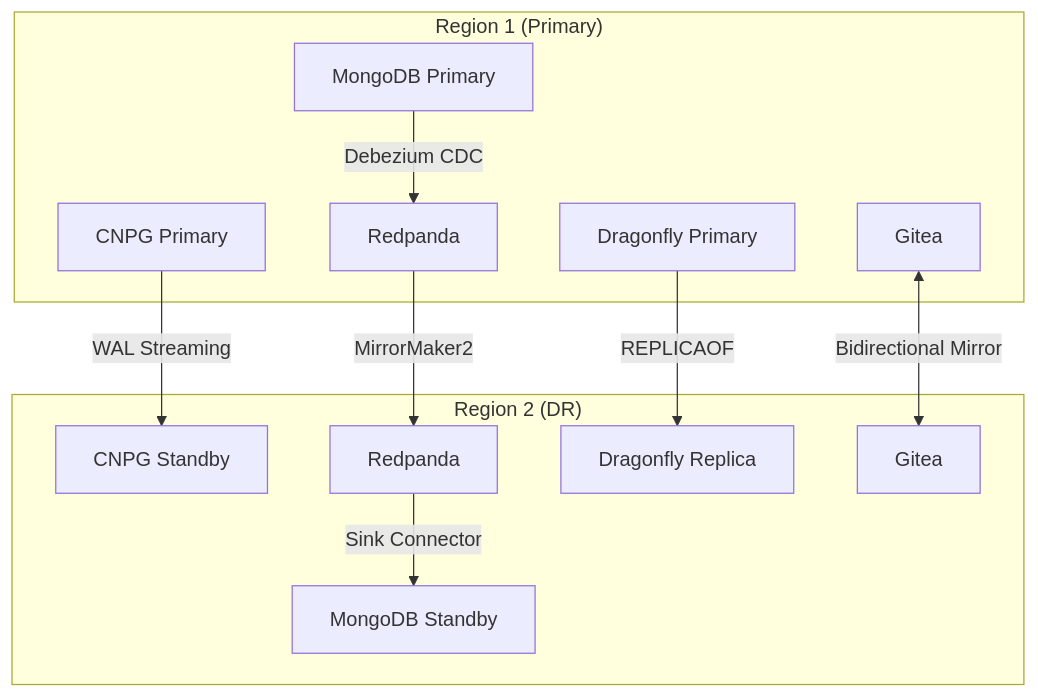
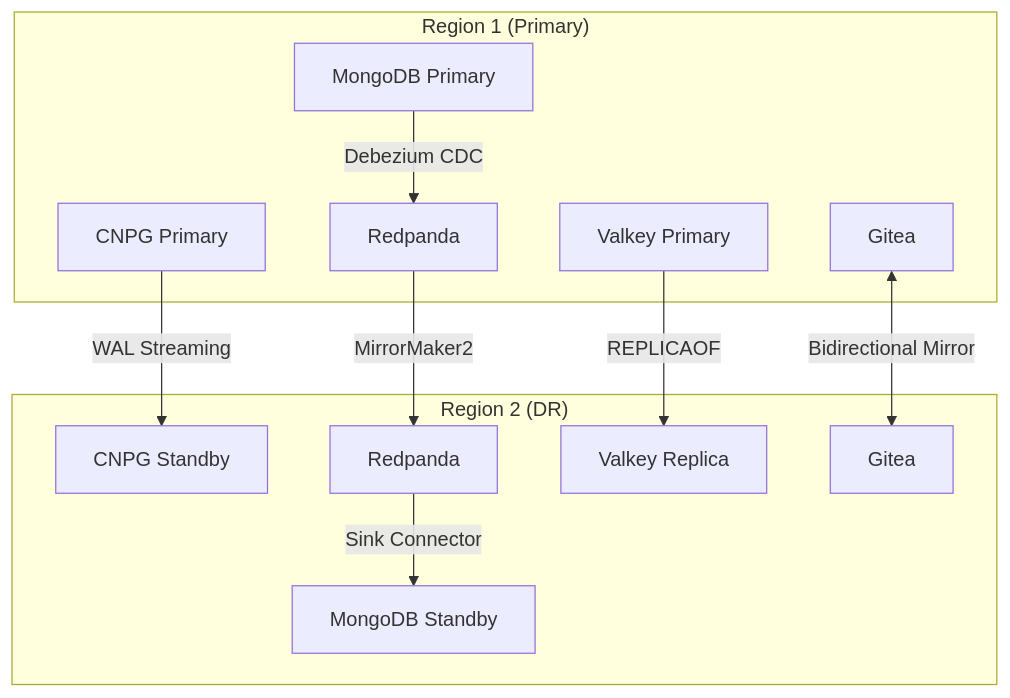
The third of 3 diagrams in docs/specs/SPEC-PLATFORM-TECH-STACK.md (openova-io/handbook), drawn with Mermaid before and after one commit. The commit also changed other lines of this file and 11 other files, not shown here.

````diff
--- a/docs/specs/SPEC-PLATFORM-TECH-STACK.md
+++ b/docs/specs/SPEC-PLATFORM-TECH-STACK.md
@@ -228,25 +228,25 @@
 ```mermaid
 flowchart TB
     subgraph Region1["Region 1 (Primary)"]
         PG1[CNPG Primary]
         MG1[MongoDB Primary]
         RP1[Redpanda]
-        DF1[Dragonfly Primary]
+        VK1[Valkey Primary]
         GT1[Gitea]
     end
 
     subgraph Region2["Region 2 (DR)"]
         PG2[CNPG Standby]
         MG2[MongoDB Standby]
         RP2[Redpanda]
-        DF2[Dragonfly Replica]
+        VK2[Valkey Replica]
         GT2[Gitea]
     end
 
     PG1 -->|"WAL Streaming"| PG2
     MG1 -->|"Debezium CDC"| RP1
     RP1 -->|"MirrorMaker2"| RP2
     RP2 -->|"Sink Connector"| MG2
-    DF1 -->|"REPLICAOF"| DF2
+    VK1 -->|"REPLICAOF"| VK2
     GT1 <-->|"Bidirectional Mirror"| GT2
 ```
````
